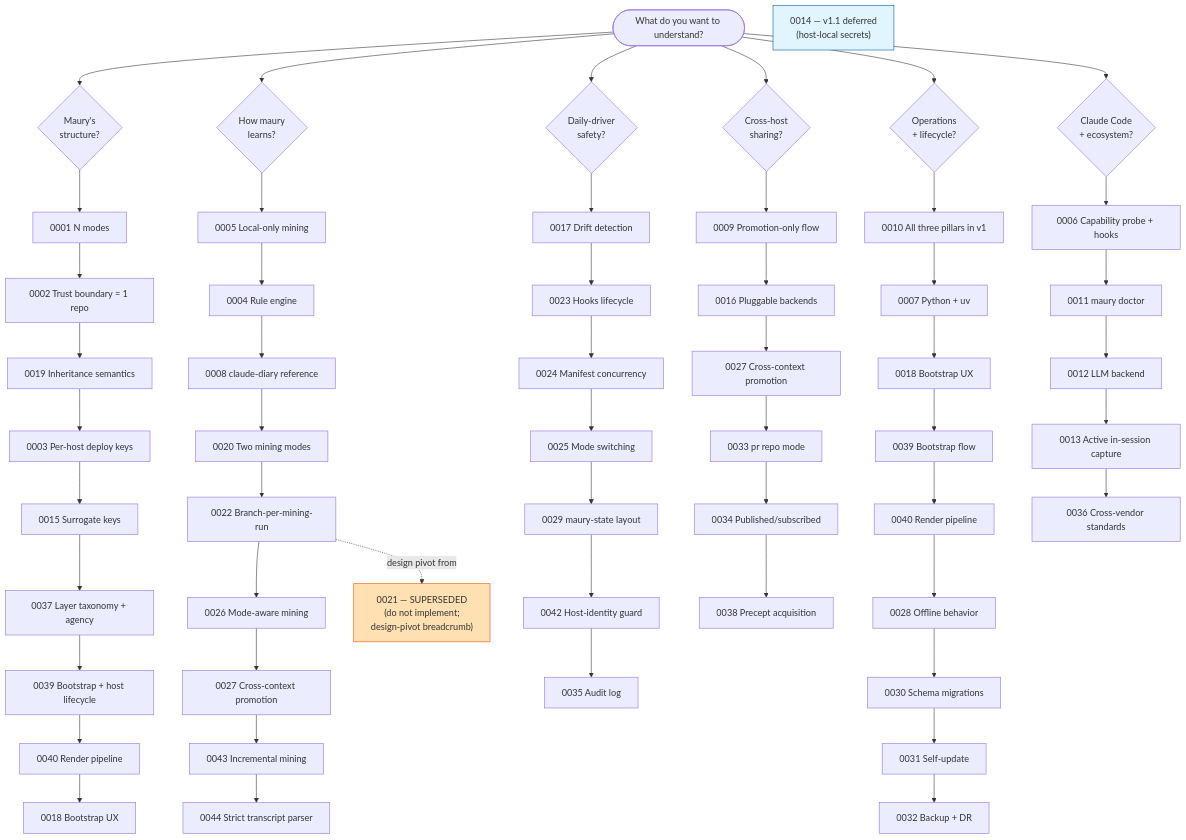
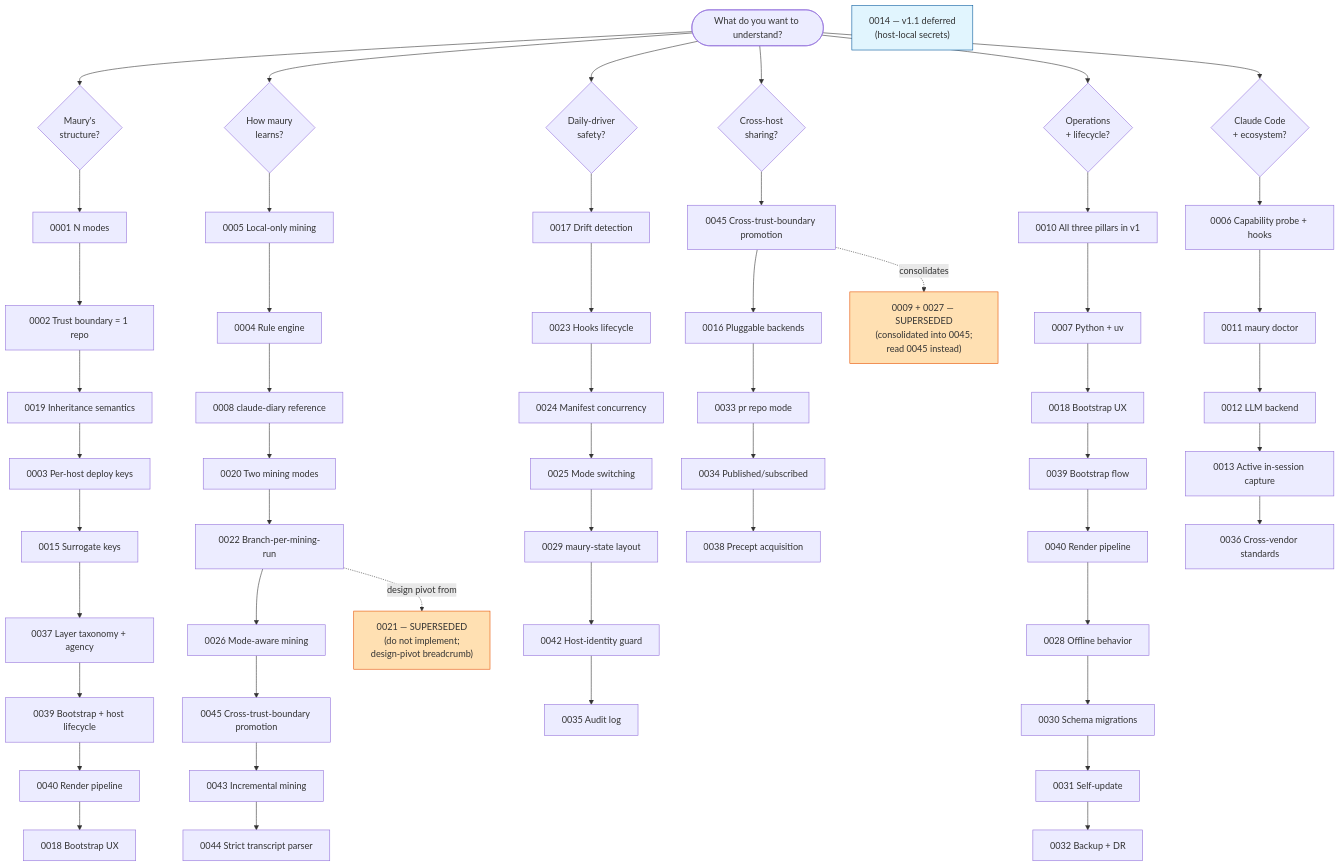
Before and after one commit to csmarshall/maury: the diagram in docs/adr/README.md, drawn with Mermaid. The commit also changed other lines of this file and 22 other files, not shown here.

First line of the commit message:
docs(adr): ADR-0045 consolidates ADR-0009 + ADR-0027 — cross-trust-boundary promotion

````diff
--- a/docs/adr/README.md
+++ b/docs/adr/README.md
@@ -23,72 +23,75 @@
 ```mermaid
 flowchart TD
     Start([What do you want to understand?])
 
     Start --> P1{Maury's<br/>structure?}
     Start --> P2{How maury<br/>learns?}
     Start --> P3{Daily-driver<br/>safety?}
     Start --> P4{Cross-host<br/>sharing?}
     Start --> P5{Operations<br/>+ lifecycle?}
     Start --> P6{Claude Code<br/>+ ecosystem?}
 
     P1 --> A0001[0001 N modes]
     A0001 --> A0002[0002 Trust boundary = 1 repo]
     A0002 --> A0019[0019 Inheritance semantics]
     A0019 --> A0003[0003 Per-host deploy keys]
     A0003 --> A0015[0015 Surrogate keys]
     A0015 --> A0037[0037 Layer taxonomy + agency]
     A0037 --> A0039a[0039 Bootstrap + host lifecycle]
     A0039a --> A0040a[0040 Render pipeline]
     A0040a --> A0018a[0018 Bootstrap UX]
 
     P2 --> A0005[0005 Local-only mining]
     A0005 --> A0004[0004 Rule engine]
     A0004 --> A0008[0008 claude-diary reference]
     A0008 --> A0020[0020 Two mining modes]
     A0020 --> A0022[0022 Branch-per-mining-run]
     A0022 --> A0026[0026 Mode-aware mining]
-    A0026 --> A0027a[0027 Cross-context promotion]
-    A0027a --> A0043[0043 Incremental mining]
+    A0026 --> A0045a[0045 Cross-trust-boundary promotion]
+    A0045a --> A0043[0043 Incremental mining]
     A0043 --> A0044[0044 Strict transcript parser]
 
     P3 --> A0017[0017 Drift detection]
     A0017 --> A0023[0023 Hooks lifecycle]
     A0023 --> A0024[0024 Manifest concurrency]
     A0024 --> A0025[0025 Mode switching]
     A0025 --> A0029[0029 maury-state layout]
     A0029 --> A0042[0042 Host-identity guard]
     A0042 --> A0035[0035 Audit log]
 
-    P4 --> A0009[0009 Promotion-only flow]
-    A0009 --> A0016[0016 Pluggable backends]
-    A0016 --> A0027b[0027 Cross-context promotion]
-    A0027b --> A0033[0033 pr repo mode]
+    P4 --> A0045[0045 Cross-trust-boundary promotion]
+    A0045 --> A0016[0016 Pluggable backends]
+    A0016 --> A0033[0033 pr repo mode]
     A0033 --> A0034[0034 Published/subscribed]
     A0034 --> A0038[0038 Precept acquisition]
 
     P5 --> A0010[0010 All three pillars in v1]
     A0010 --> A0007[0007 Python + uv]
     A0007 --> A0018b[0018 Bootstrap UX]
     A0018b --> A0039b[0039 Bootstrap flow]
     A0039b --> A0040b[0040 Render pipeline]
     A0040b --> A0028[0028 Offline behavior]
     A0028 --> A0030[0030 Schema migrations]
     A0030 --> A0031[0031 Self-update]
     A0031 --> A0032[0032 Backup + DR]
 
     P6 --> A0006[0006 Capability probe + hooks]
     A0006 --> A0011[0011 maury doctor]
     A0011 --> A0012[0012 LLM backend]
     A0012 --> A0013[0013 Active in-session capture]
     A0013 --> A0036[0036 Cross-vendor standards]
 
     Note0021["0021 — SUPERSEDED<br/>(do not implement;<br/>design-pivot breadcrumb)"]
     A0022 -.->|design pivot from| Note0021
 
+    Note0009_0027["0009 + 0027 — SUPERSEDED<br/>(consolidated into 0045;<br/>read 0045 instead)"]
+    A0045 -.->|consolidates| Note0009_0027
+
     Note0014["0014 — v1.1 deferred<br/>(host-local secrets)"]
 
     classDef superseded fill:#ffe0b2,stroke:#e65100,color:#333
     classDef deferred fill:#e1f5fe,stroke:#01579b,color:#333
     class Note0021 superseded
+    class Note0009_0027 superseded
     class Note0014 deferred
 ```
````
